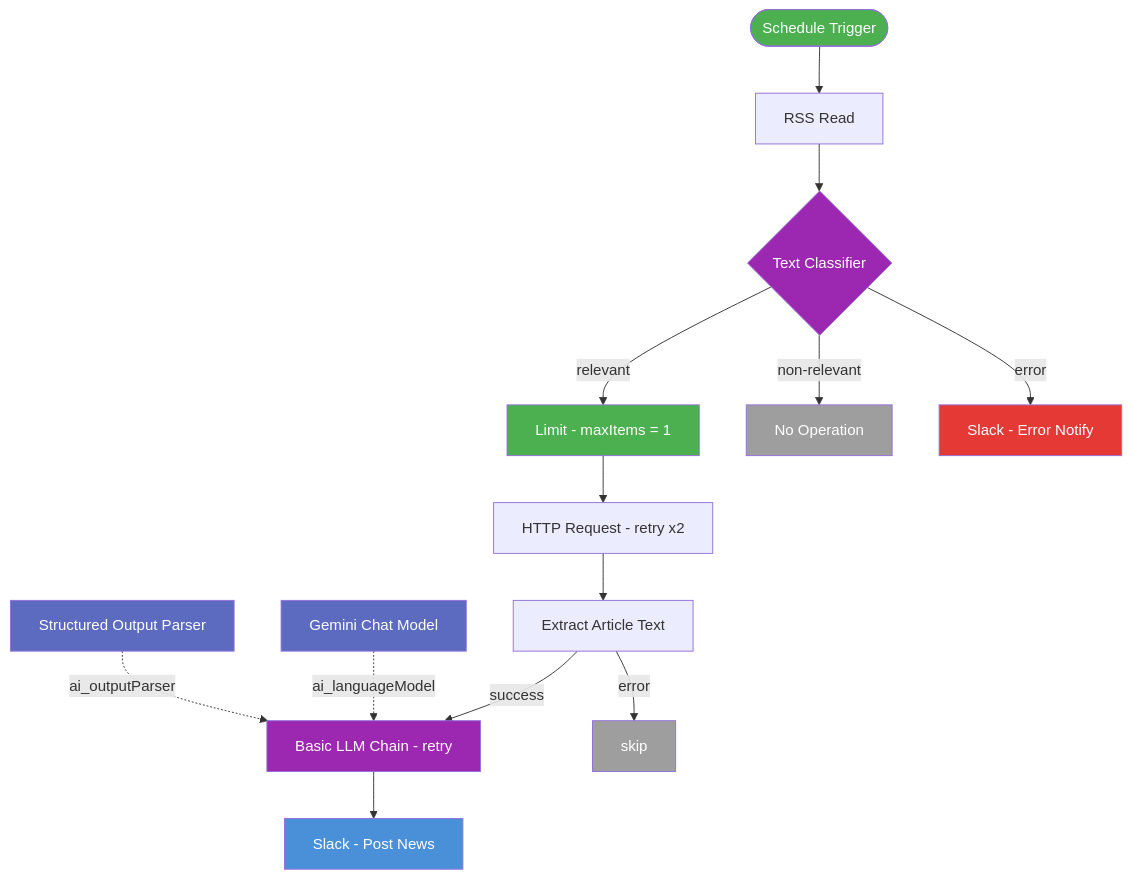
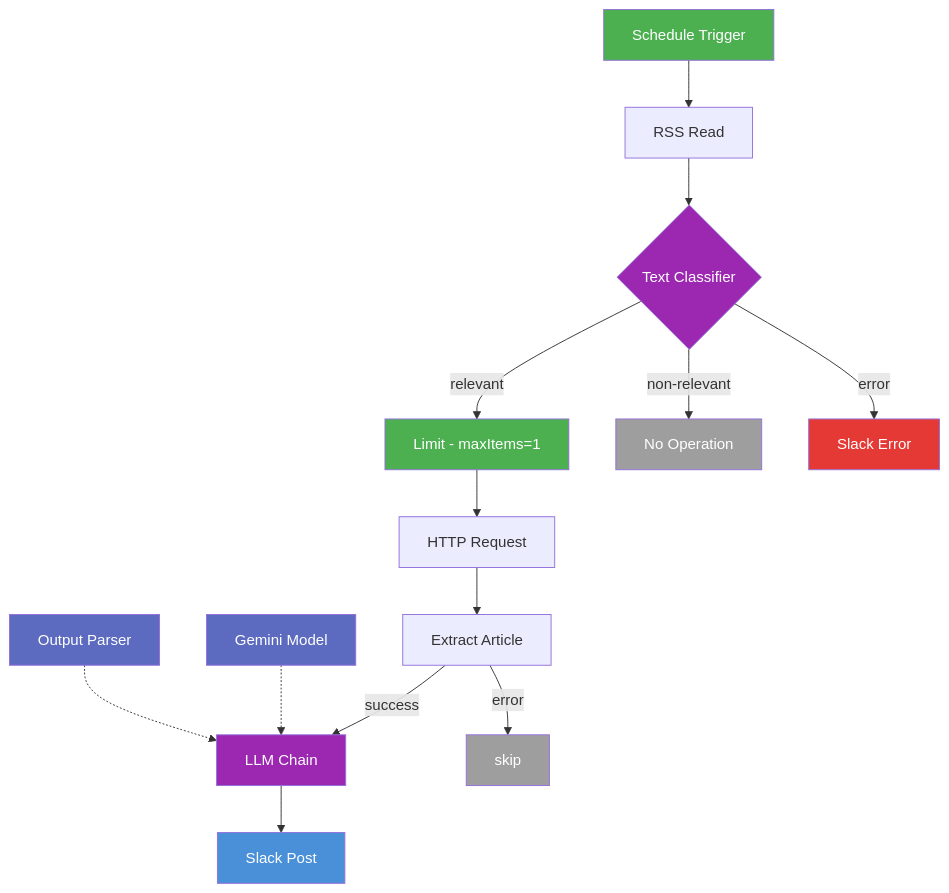
Before and after one commit to takumiwork-n8n/X_present_post_workflow: the diagram in 修正後/README.md, drawn with Mermaid. The commit also changed 1 other file, not shown here.

Commit message:
fix: simplify mermaid - remove dotted edge labels and stadium shape

````diff
--- a/修正後/README.md
+++ b/修正後/README.md
@@ -37,25 +37,25 @@
 ```mermaid
 flowchart TD
-    SCH([Schedule Trigger]) --> RSS[RSS Read]
-    RSS --> CLS{Text Classifier}
-    CLS -->|relevant| LIM[Limit - maxItems = 1]
-    CLS -->|non-relevant| NOP[No Operation]
-    CLS -->|error| ERR[Slack - Error Notify]
-    LIM --> HTT[HTTP Request - retry x2]
-    HTT --> EXT[Extract Article Text]
-    EXT -->|success| LLM[Basic LLM Chain - retry]
-    EXT -->|error| SKIP[skip]
-    LLM --> SLK[Slack - Post News]
-    GEM[Gemini Chat Model] -.->|ai_languageModel| LLM
-    SOP[Structured Output Parser] -.->|ai_outputParser| LLM
-    style SCH fill:#4CAF50,color:#fff
-    style SLK fill:#4A90D9,color:#fff
-    style ERR fill:#E53935,color:#fff
-    style NOP fill:#9E9E9E,color:#fff
+    A[Schedule Trigger] --> B[RSS Read]
+    B --> C{Text Classifier}
+    C -->|relevant| D[Limit - maxItems=1]
+    C -->|non-relevant| E[No Operation]
+    C -->|error| F[Slack Error]
+    D --> G[HTTP Request]
+    G --> H[Extract Article]
+    H -->|success| I[LLM Chain]
+    H -->|error| SKIP[skip]
+    I --> J[Slack Post]
+    K[Gemini Model] -.-> I
+    L[Output Parser] -.-> I
+    style A fill:#4CAF50,color:#fff
+    style J fill:#4A90D9,color:#fff
+    style F fill:#E53935,color:#fff
+    style E fill:#9E9E9E,color:#fff
     style SKIP fill:#9E9E9E,color:#fff
-    style LIM fill:#4CAF50,color:#fff
-    style CLS fill:#9C27B0,color:#fff
-    style LLM fill:#9C27B0,color:#fff
-    style GEM fill:#5c6bc0,color:#fff
-    style SOP fill:#5c6bc0,color:#fff
+    style D fill:#4CAF50,color:#fff
+    style C fill:#9C27B0,color:#fff
+    style I fill:#9C27B0,color:#fff
+    style K fill:#5c6bc0,color:#fff
+    style L fill:#5c6bc0,color:#fff
 ```
````
